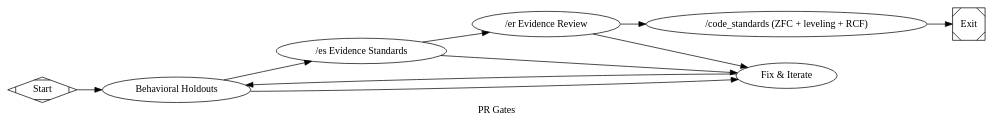
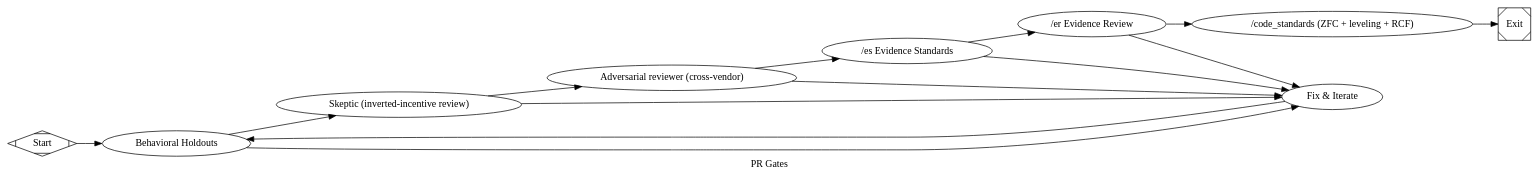
The diagram in pipelines/factory/pr_gates.dot (jleechanorg/dark-factory), drawn with Graphviz before and after one commit. The commit also changed 4 other files, not shown here.

```diff
--- a/pipelines/factory/pr_gates.dot
+++ b/pipelines/factory/pr_gates.dot
@@ -1,43 +1,52 @@
 digraph pr_gates {
     graph [
         goal="PR validation: sealed holdouts + 3 adversarial gates."
+        level5="true"
         label="PR Gates"
     ]
     rankdir=LR
 
     start [shape=Mdiamond, label="Start"]
     exit  [shape=Msquare,  label="Exit"]
 
     // Holdout-always policy: PR diffs run the sealed behavioral holdouts
     // first — evidence gates grade the diff's story, holdouts grade its
     // behavior. Feature comes from --feature / ctx.state["feature"].
     holdout         [type="holdout_eval",        label="Behavioral Holdouts",          timeout=600]
+    gate_skeptic    [type="gate_skeptic",        label="Skeptic (inverted-incentive review)", timeout=600]
+    adversarial_reviewer [type="tool",           label="Adversarial reviewer (cross-vendor)", command="codex exec --yolo --skip-git-repo-check", timeout=600]
     gate_es         [type="gate_es",             label="/es Evidence Standards",       timeout=600]
     gate_er         [type="gate_er",             label="/er Evidence Review",           timeout=600]
     gate_cs         [type="gate_code_standards", label="/code_standards (ZFC + leveling + RCF)", timeout=600]
 
     // Bounded fix loop: any reviewer verdict other than success routes here
     // so the PR lane can iterate on the diff rather than terminating on a
     // first failure (per factory-evolve G2 fix-loop contract).
     fix [
         type="codergen",
         label="Fix & Iterate",
         class="fix",
         prompt="@prompts/slim/fix.md",
         max_visits="3",
         timeout=600
     ]
 
     start -> holdout
-    holdout -> gate_es [condition="outcome=success"]
-    holdout -> fix     [condition="outcome!=success"]
+    holdout -> gate_skeptic [condition="outcome=success"]
+    holdout -> fix         [condition="outcome!=success"]
+
+    gate_skeptic -> adversarial_reviewer [condition="outcome=success"]
+    gate_skeptic -> fix                  [condition="outcome!=success"]
+
+    adversarial_reviewer -> gate_es [condition="outcome=success"]
+    adversarial_reviewer -> fix     [condition="outcome!=success"]
 
     gate_es -> gate_er [condition="outcome=success"]
     gate_es -> fix     [condition="outcome!=success"]
 
     gate_er -> gate_cs [condition="outcome=success"]
     gate_er -> fix     [condition="outcome!=success"]
 
     gate_cs -> exit
     fix -> holdout
 }
```
